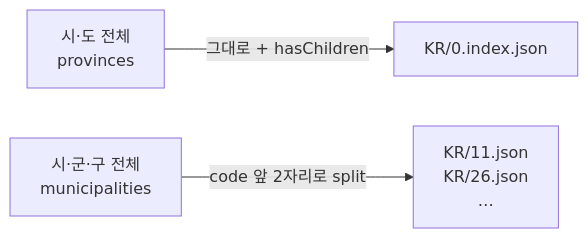
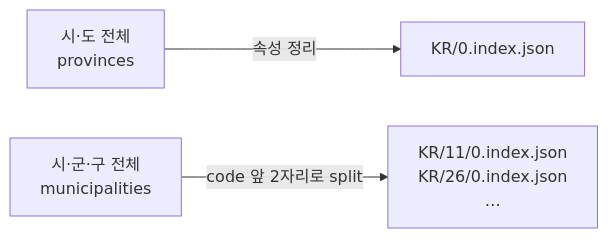
The diagram in content/tools/gis/002_korea_admin_boundary_geojson.md (1etterh/devlog), drawn with Mermaid before and after one commit. The commit also changed other lines of this file, not shown here.

Commit message:
tools/gis: 모든 단계를 폴더로, hasChildren 대신 응답으로 판단

````diff
--- a/content/tools/gis/002_korea_admin_boundary_geojson.md
+++ b/content/tools/gis/002_korea_admin_boundary_geojson.md
@@ -26,5 +29,5 @@
 ```mermaid
 flowchart LR
-    A[시·도 전체<br/>provinces] -->|그대로 + hasChildren| B[KR/0.index.json]
-    C[시·군·구 전체<br/>municipalities] -->|"code 앞 2자리로 split"| D["KR/11.json<br/>KR/26.json<br/>…"]
+    A[시·도 전체<br/>provinces] -->|속성 정리| B[KR/0.index.json]
+    C[시·군·구 전체<br/>municipalities] -->|"code 앞 2자리로 split"| D["KR/11/0.index.json<br/>KR/26/0.index.json<br/>…"]
 ```
````
